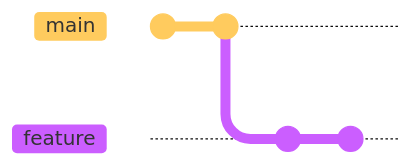
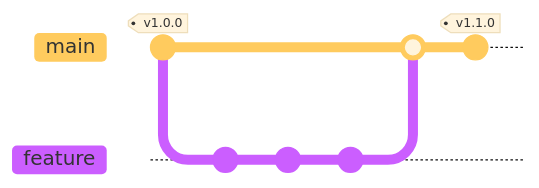
Before and after one commit to 3ware/gitops-2024: the first of 2 diagrams in .github/README.md, drawn with Mermaid. The commit also changed other lines of this file, not shown here. Commit ids are hidden.

````diff
--- a/.github/README.md
+++ b/.github/README.md
@@ -73,12 +83,16 @@
 ```mermaid
 ---
 config:
   theme: base
 ---
 gitGraph
-  commit
-  commit
+  commit id: "prev" tag: "v1.0.0"
   branch feature
-  commit
-  commit
+  switch feature
+  commit id: "Terraform Changes"
+  commit id: "Bug Fix"
+  commit id: "Plan Diff fix"
+  switch main
+  merge feature
+  commit id: "new" tag: "v1.1.0"
 ```
````
